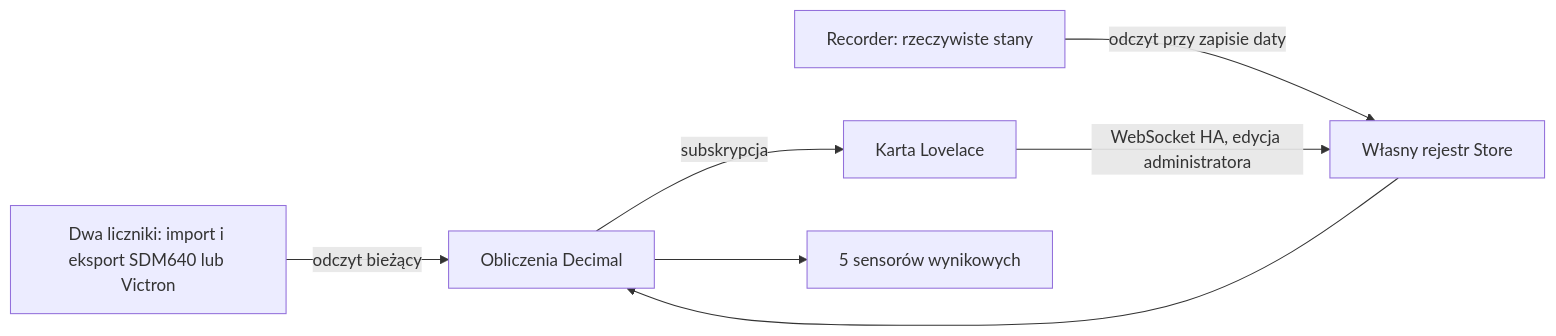
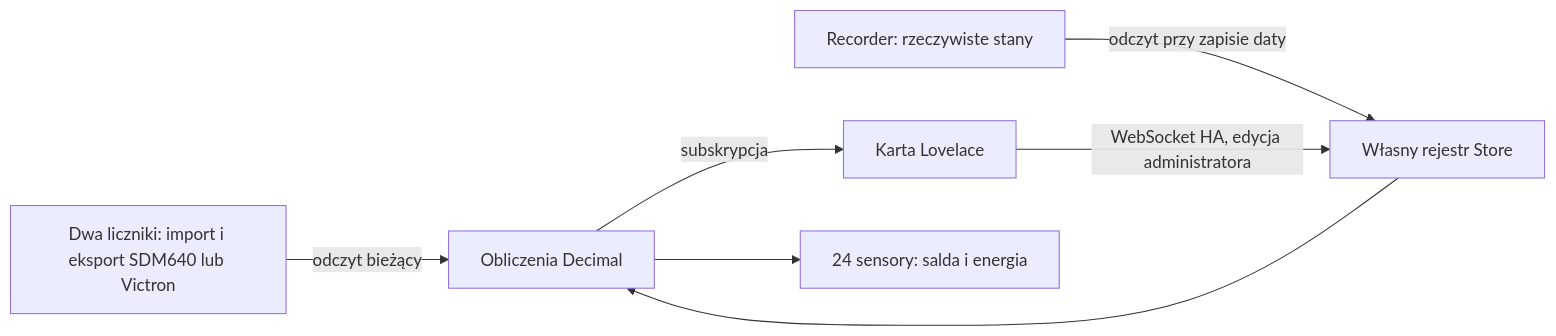
Before and after one commit to PioThePio/MagazynPGE: the diagram in docs/ARCHITEKTURA.md, drawn with Mermaid. The commit also changed other lines of this file and 26 other files, not shown here.

````diff
--- a/docs/ARCHITEKTURA.md
+++ b/docs/ARCHITEKTURA.md
@@ -17,9 +17,9 @@
 ```mermaid
 flowchart LR
   SOURCE[Dwa liczniki: import i eksport SDM640 lub Victron] -->|odczyt bieżący| CALC[Obliczenia Decimal]
   REC[Recorder: rzeczywiste stany] -->|odczyt przy zapisie daty| LEDGER[Własny rejestr Store]
   CARD[Karta Lovelace] -->|WebSocket HA, edycja administratora| LEDGER
   LEDGER --> CALC
-  CALC --> SENSORS[5 sensorów wynikowych]
+  CALC --> SENSORS[24 sensory: salda i energia]
   CALC -->|subskrypcja| CARD
 ```
````
